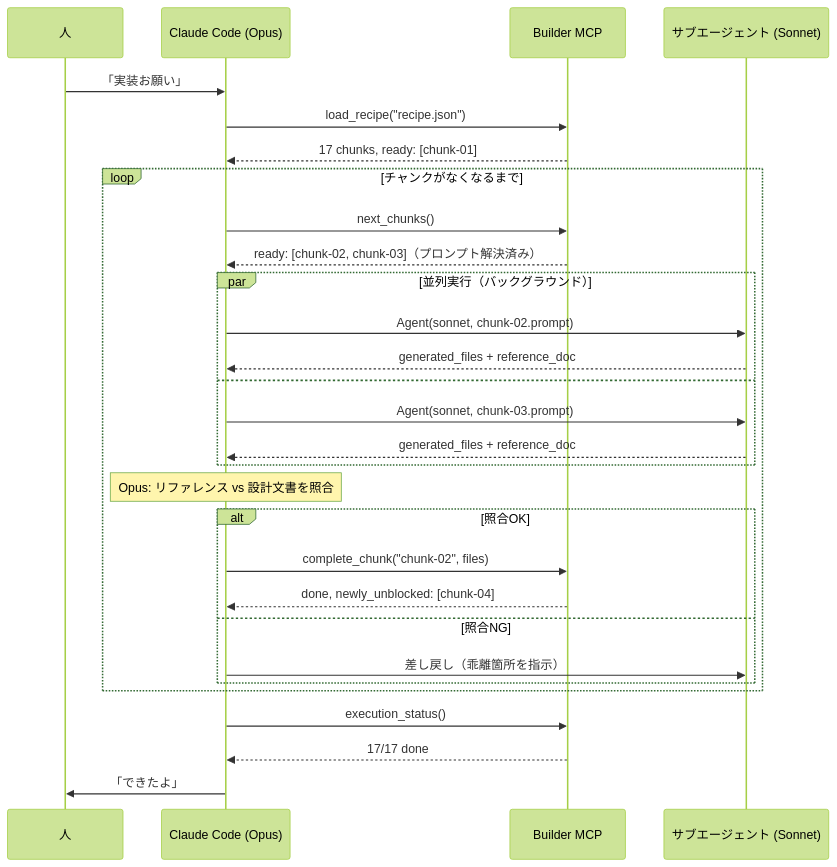
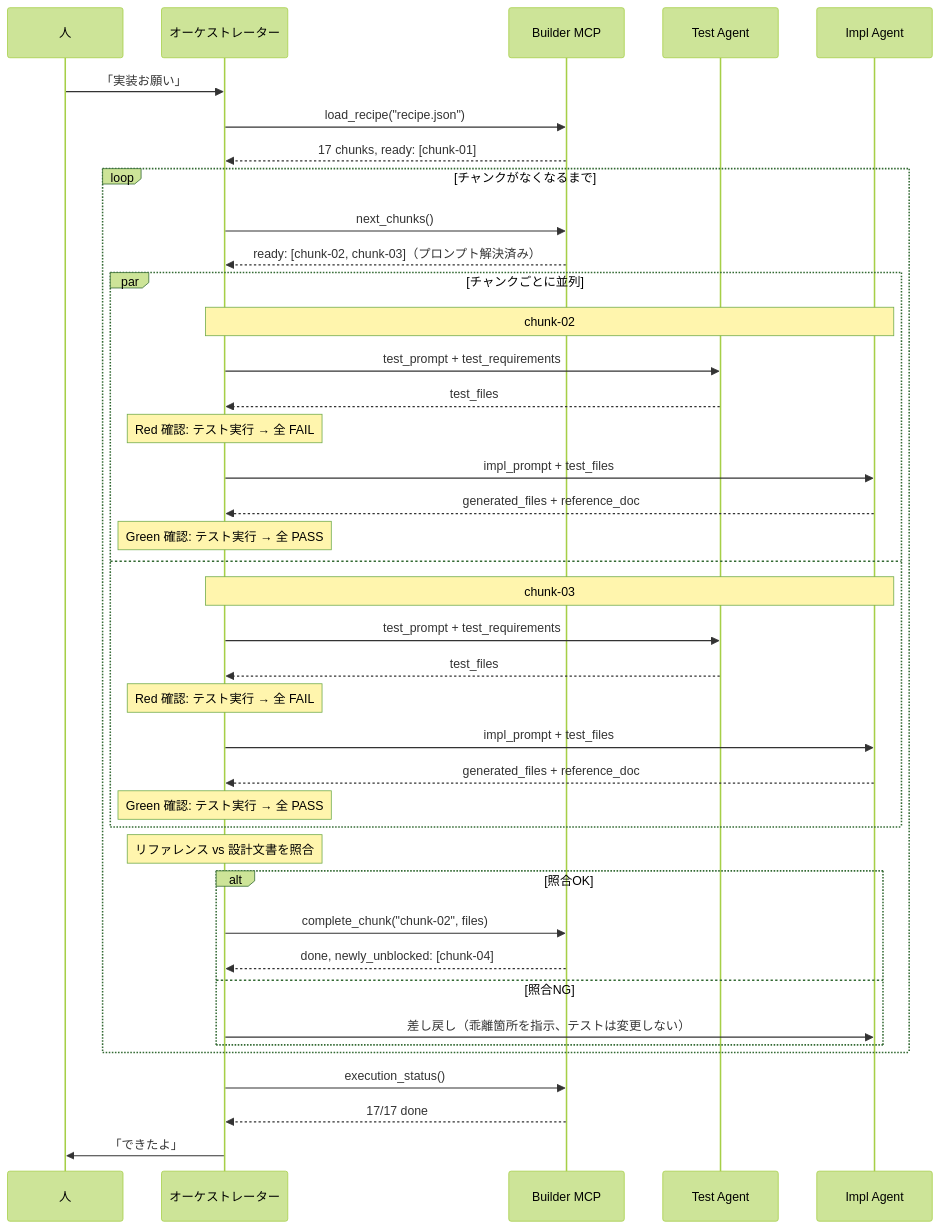
Before and after one commit to cdd-evangelist/CDD-Assistants: the first of 2 diagrams in docs/builder-design.md, drawn with Mermaid (forest theme). The commit also changed other lines of this file and 4 other files, not shown here.

````diff
--- a/docs/builder-design.md
+++ b/docs/builder-design.md
@@ -885,36 +1067,47 @@
 ```mermaid
 sequenceDiagram
     participant H as 人
-    participant C as Claude Code (Opus)
+    participant C as オーケストレーター
     participant B as Builder MCP
-    participant S as サブエージェント (Sonnet)
+    participant T as Test Agent
+    participant I as Impl Agent
 
     H->>C: 「実装お願い」
     C->>B: load_recipe("recipe.json")
     B-->>C: 17 chunks, ready: [chunk-01]
 
     loop チャンクがなくなるまで
         C->>B: next_chunks()
         B-->>C: ready: [chunk-02, chunk-03]（プロンプト解決済み）
 
-        par 並列実行（バックグラウンド）
-            C->>S: Agent(sonnet, chunk-02.prompt)
-            S-->>C: generated_files + reference_doc
+        par チャンクごとに並列
+            Note over C,I: chunk-02
+            C->>T: test_prompt + test_requirements
+            T-->>C: test_files
+            Note over C: Red 確認: テスト実行 → 全 FAIL
+            C->>I: impl_prompt + test_files
+            I-->>C: generated_files + reference_doc
+            Note over C: Green 確認: テスト実行 → 全 PASS
         and
-            C->>S: Agent(sonnet, chunk-03.prompt)
-            S-->>C: generated_files + reference_doc
+            Note over C,I: chunk-03
+            C->>T: test_prompt + test_requirements
+            T-->>C: test_files
+            Note over C: Red 確認: テスト実行 → 全 FAIL
+            C->>I: impl_prompt + test_files
+            I-->>C: generated_files + reference_doc
+            Note over C: Green 確認: テスト実行 → 全 PASS
         end
 
-        Note over C: Opus: リファレンス vs 設計文書を照合
+        Note over C: リファレンス vs 設計文書を照合
         alt 照合OK
             C->>B: complete_chunk("chunk-02", files)
             B-->>C: done, newly_unblocked: [chunk-04]
         else 照合NG
-            C->>S: 差し戻し（乖離箇所を指示）
+            C->>I: 差し戻し（乖離箇所を指示、テストは変更しない）
         end
     end
 
     C->>B: execution_status()
     B-->>C: 17/17 done
     C->>H: 「できたよ」
 ```
````
